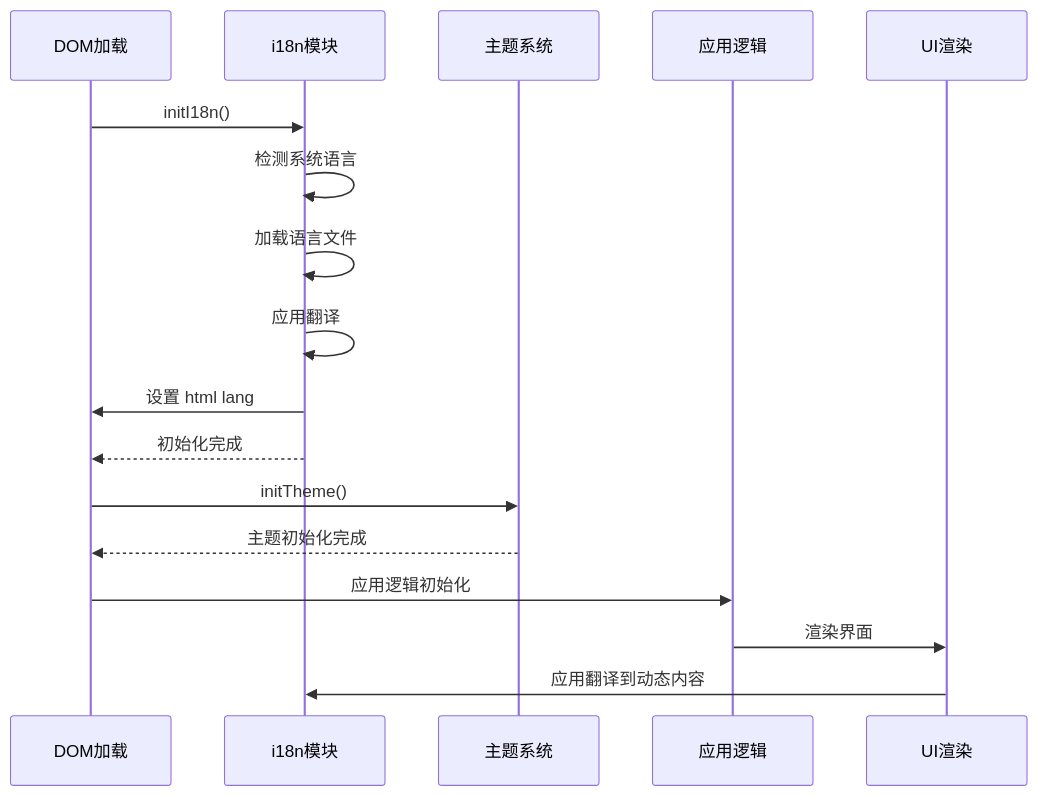
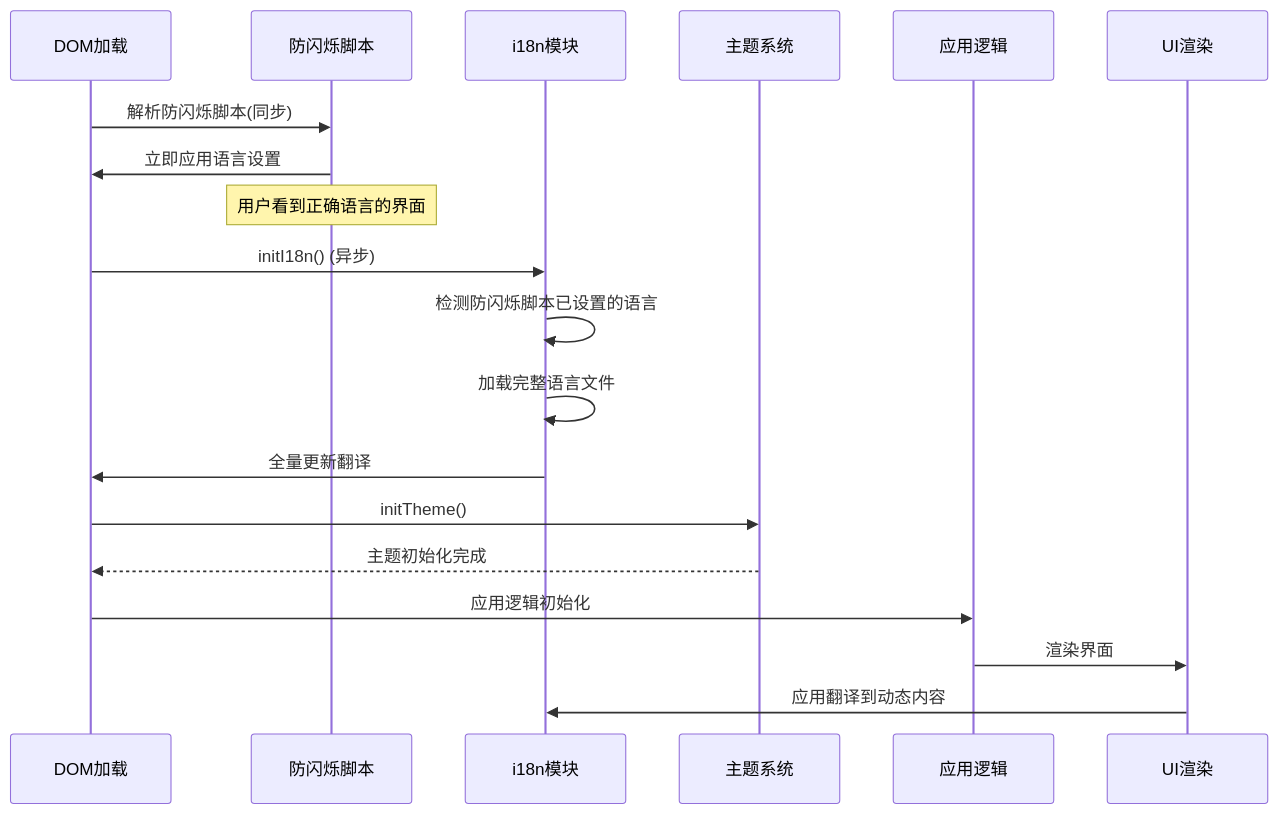
Before and after one commit to ppyyr/SystemPromptVault: the sixth of 6 diagrams in llmdoc/features/i18n-internationalization.md, drawn with Mermaid. The commit also changed other lines of this file and 12 other files, not shown here.

````diff
--- a/llmdoc/features/i18n-internationalization.md
+++ b/llmdoc/features/i18n-internationalization.md
@@ -179,20 +277,23 @@
 ```mermaid
 sequenceDiagram
     participant DOM as DOM加载
+    participant AntiFouc as 防闪烁脚本
     participant I18n as i18n模块
     participant Theme as 主题系统
     participant App as 应用逻辑
     participant UI as UI渲染
 
-    DOM->>I18n: initI18n()
-    I18n->>I18n: 检测系统语言
-    I18n->>I18n: 加载语言文件
-    I18n->>I18n: 应用翻译
-    I18n->>DOM: 设置 html lang
-    I18n-->>DOM: 初始化完成
+    DOM->>AntiFouc: 解析防闪烁脚本(同步)
+    AntiFouc->>DOM: 立即应用语言设置
+    Note over AntiFouc: 用户看到正确语言的界面
+
+    DOM->>I18n: initI18n() (异步)
+    I18n->>I18n: 检测防闪烁脚本已设置的语言
+    I18n->>I18n: 加载完整语言文件
+    I18n->>DOM: 全量更新翻译
     DOM->>Theme: initTheme()
     Theme-->>DOM: 主题初始化完成
     DOM->>App: 应用逻辑初始化
     App->>UI: 渲染界面
     UI->>I18n: 应用翻译到动态内容
 ```
````
